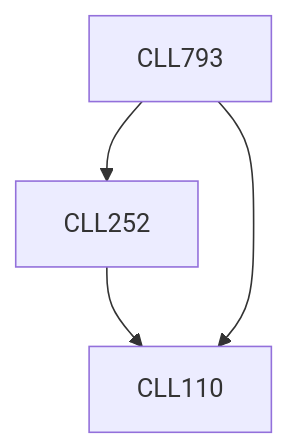
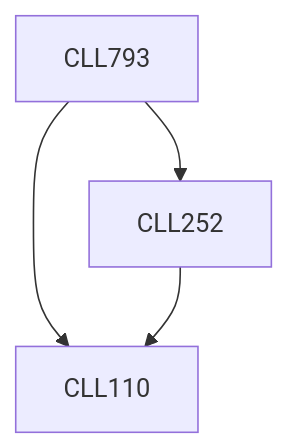
Before and after one commit to KeshavBansal0122/CoS_Website: the diagram in content/Chemical Engineering/CLL793.md, drawn with Mermaid. The commit also changed other lines of this file and 2662 other files, not shown here.

````diff
--- a/content/Chemical Engineering/CLL793.md
+++ b/content/Chemical Engineering/CLL793.md
@@ -13,10 +13,10 @@
 ```mermaid
 flowchart TD
 CLL793-166[CLL793]
+CLL793-166 --> CLL252-166[CLL252]
+CLL793-166 --> CLL110-166[CLL110]
 CLL252-166 --> CLL110-166[CLL110]
-CLL793-166 --> CLL110-166[CLL110]
-CLL793-166 --> CLL252-166[CLL252]
 
 classDef empty height:17px, fill:transparent, stroke:transparent;
 classDef trueEmpty height:0px, width:0px;
 ```
````
